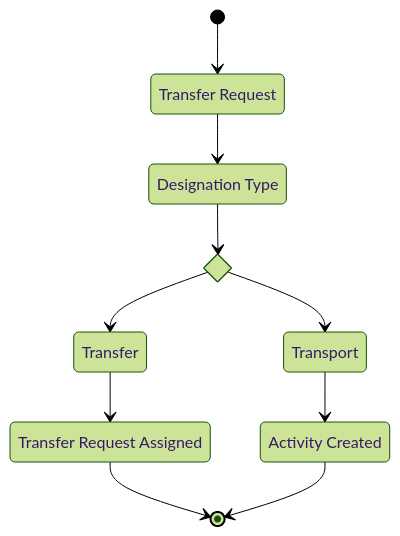
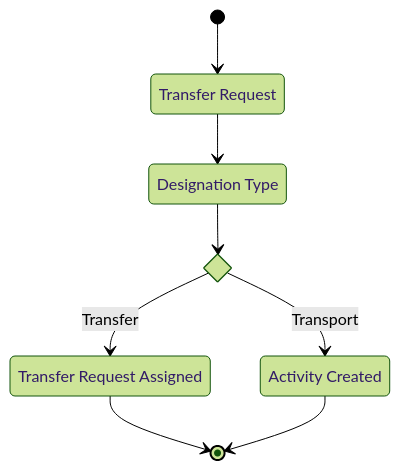
Before and after one commit to theonewhowritesthedocs/lwms-docs: the diagram in docs/core_functions/transfer_request_designation.mdx, drawn with Mermaid (forest theme).

Commit message:
Update flow diagram for Transfer Request Designation

````diff
--- a/docs/core_functions/transfer_request_designation.mdx
+++ b/docs/core_functions/transfer_request_designation.mdx
@@ -13,22 +13,18 @@
 ```mermaid
 stateDiagram-v2
     state "Transfer Request" as transfer_request
     state "Designation Type" as designation_type
-    state "Transfer" as transfer_procedure
-    state "Transport" as transport_procedure
 
     state "Transfer Request Assigned" as transfer_request_assigned
     state "Activity Created" as activity_created
 
     state select_designation_type <<choice>>
 
     [*] --> transfer_request
     transfer_request --> designation_type
     designation_type --> select_designation_type
-    select_designation_type --> transfer_procedure
-    select_designation_type --> transport_procedure
-    transfer_procedure --> transfer_request_assigned
-    transport_procedure --> activity_created
+    select_designation_type --> transfer_request_assigned: Transfer
+    select_designation_type --> activity_created: Transport
     transfer_request_assigned --> [*]
     activity_created --> [*]
 ```
````
